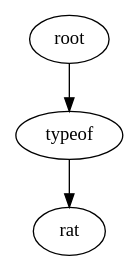
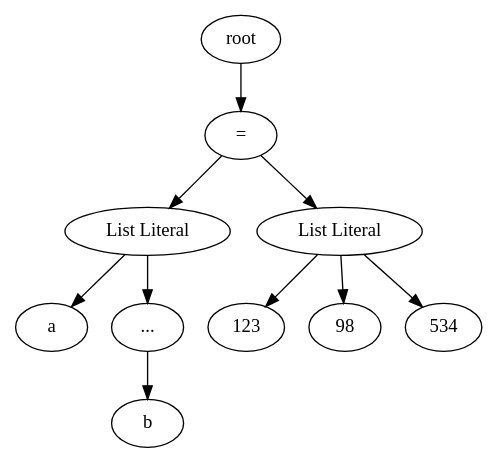
Before and after one commit to pranav-ap/wasp-lang: the diagram in examples/module.dot, drawn with Graphviz. The commit also changed 9 other files, not shown here.

```diff
--- a/examples/module.dot
+++ b/examples/module.dot
@@ -1,7 +1,21 @@
 digraph G { 
 "0"   [label="root"]; 
- "1"   [label="typeof"]; 
+ "1"   [label="="]; 
  "0" -> "1"; 
- "2"   [label="rat"]; 
+ "2"   [label="List Literal"]; 
  "1" -> "2"; 
+ "3"   [label="a"]; 
+ "2" -> "3"; 
+ "4"   [label="..."]; 
+ "2" -> "4"; 
+ "5"   [label="b"]; 
+ "4" -> "5"; 
+ "6"   [label="List Literal"]; 
+ "1" -> "6"; 
+ "7"   [label="123"]; 
+ "6" -> "7"; 
+ "8"   [label="98"]; 
+ "6" -> "8"; 
+ "9"   [label="534"]; 
+ "6" -> "9"; 
  }
```
